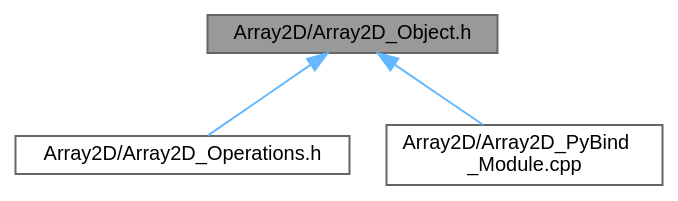
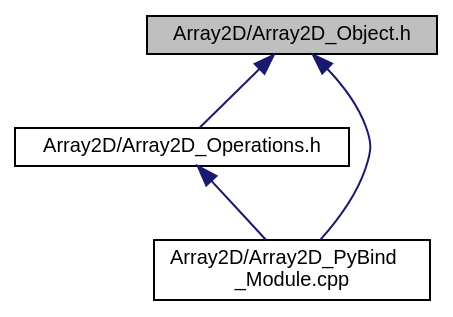
Before and after one commit to OsmanAEG/PySYCL: the diagram in docs/PySYCL_doxygen_html/_array2_d___object_8h__dep__incl.dot, drawn with Graphviz. The commit also changed 129 other files, not shown here.

```diff
--- a/docs/PySYCL_doxygen_html/_array2_d___object_8h__dep__incl.dot
+++ b/docs/PySYCL_doxygen_html/_array2_d___object_8h__dep__incl.dot
@@ -1,13 +1,14 @@
 digraph "Array2D/Array2D_Object.h"
 {
  // INTERACTIVE_SVG=YES
  // LATEX_PDF_SIZE
   bgcolor="transparent";
-  edge [fontname=Helvetica,fontsize=10,labelfontname=Helvetica,labelfontsize=10];
-  node [fontname=Helvetica,fontsize=10,shape=box,height=0.2,width=0.4];
-  Node1 [id="Node000001",label="Array2D/Array2D_Object.h",height=0.2,width=0.4,color="gray40", fillcolor="grey60", style="filled", fontcolor="black",tooltip="Array2D in PySYCL."];
-  Node1 -> Node2 [id="edge1_Node000001_Node000002",dir="back",color="steelblue1",style="solid",tooltip=" "];
-  Node2 [id="Node000002",label="Array2D/Array2D_Operations.h",height=0.2,width=0.4,color="grey40", fillcolor="white", style="filled",URL="$_array2_d___operations_8h.html",tooltip="Array2D operations in PySYCL. These operations receive two individual arrays and return a single arra..."];
-  Node1 -> Node3 [id="edge2_Node000001_Node000003",dir="back",color="steelblue1",style="solid",tooltip=" "];
-  Node3 [id="Node000003",label="Array2D/Array2D_PyBind\l_Module.cpp",height=0.2,width=0.4,color="grey40", fillcolor="white", style="filled",URL="$_array2_d___py_bind___module_8cpp.html",tooltip="Python module for array2D in PySYCL."];
+  edge [fontname="Helvetica",fontsize="10",labelfontname="Helvetica",labelfontsize="10"];
+  node [fontname="Helvetica",fontsize="10",shape=record];
+  Node1 [label="Array2D/Array2D_Object.h",height=0.2,width=0.4,color="black", fillcolor="grey75", style="filled", fontcolor="black",tooltip="Array2D in PySYCL."];
+  Node1 -> Node2 [dir="back",color="midnightblue",fontsize="10",style="solid",fontname="Helvetica"];
+  Node2 [label="Array2D/Array2D_Operations.h",height=0.2,width=0.4,color="black",URL="$_array2_d___operations_8h.html",tooltip="Array2D operations in PySYCL. These operations receive two individual arrays and return a single arra..."];
+  Node2 -> Node3 [dir="back",color="midnightblue",fontsize="10",style="solid",fontname="Helvetica"];
+  Node3 [label="Array2D/Array2D_PyBind\l_Module.cpp",height=0.2,width=0.4,color="black",URL="$_array2_d___py_bind___module_8cpp.html",tooltip="Python module for array2D in PySYCL."];
+  Node1 -> Node3 [dir="back",color="midnightblue",fontsize="10",style="solid",fontname="Helvetica"];
 }
```
